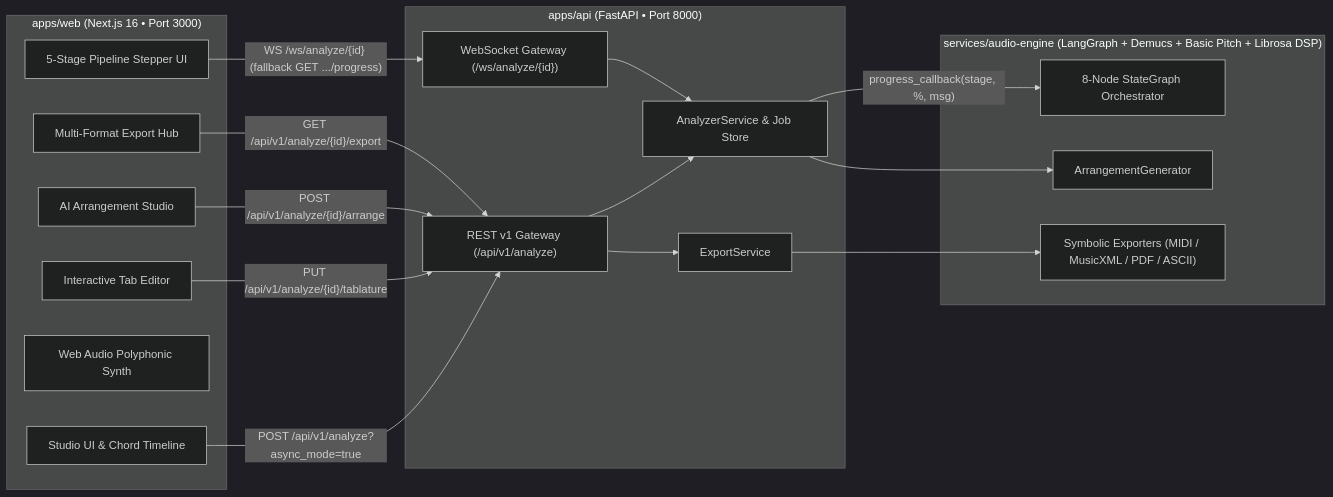
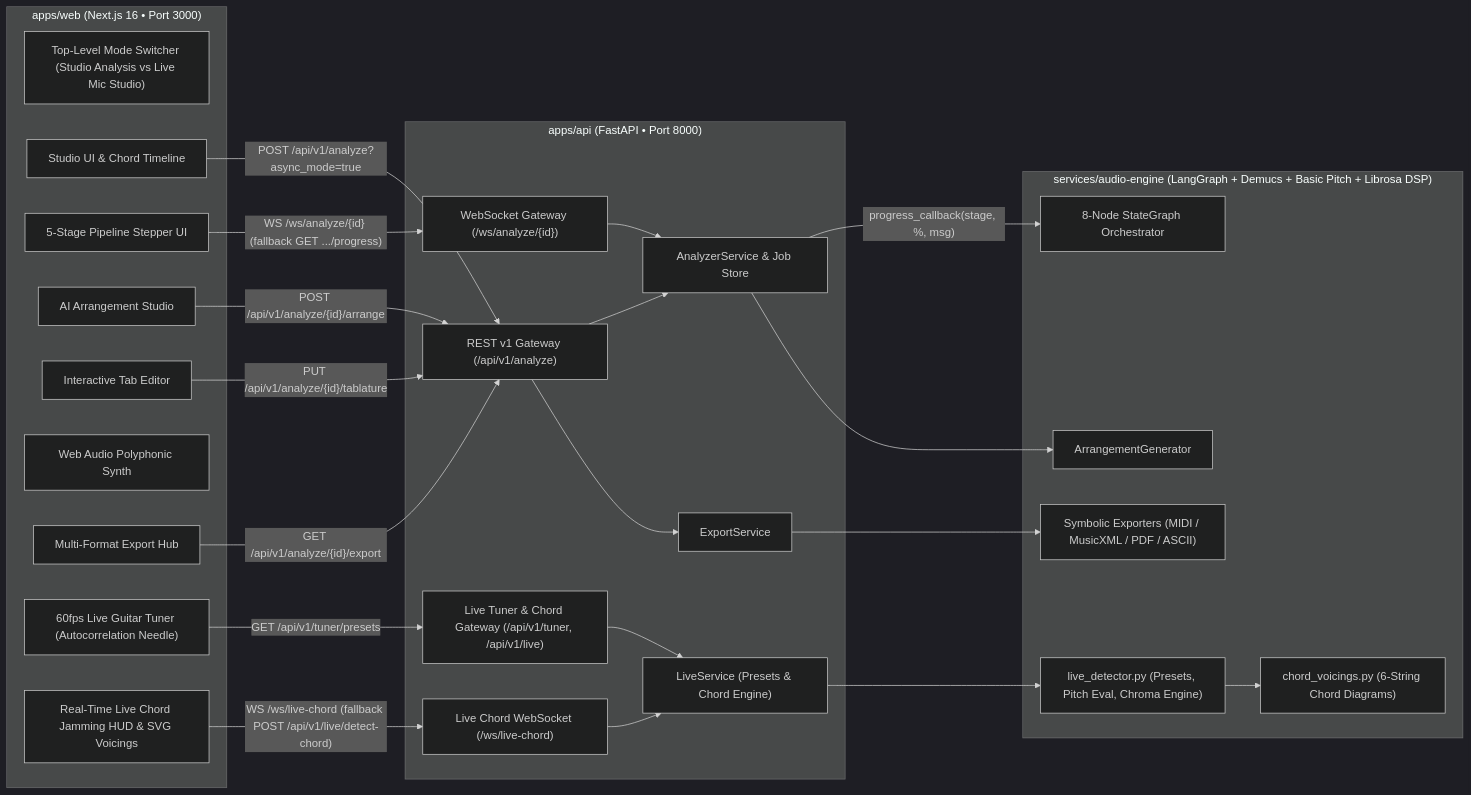
The first of 2 diagrams in README.md (DimasNuryadin/Arpegia), drawn with Mermaid (dark theme) before and after one commit. The commit also changed other lines of this file and 3 other files, not shown here.

````diff
--- a/README.md
+++ b/README.md
@@ -17,37 +19,51 @@
 ```mermaid
 flowchart LR
     subgraph Web["apps/web (Next.js 16 • Port 3000)"]
+        Switcher["Top-Level Mode Switcher (Studio Analysis vs Live Mic Studio)"]
         UI["Studio UI & Chord Timeline"]
         Stepper["5-Stage Pipeline Stepper UI"]
         Studio["AI Arrangement Studio"]
         Editor["Interactive Tab Editor"]
         Synth["Web Audio Polyphonic Synth"]
         ExportBar["Multi-Format Export Hub"]
+        Tuner["60fps Live Guitar Tuner (Autocorrelation Needle)"]
+        ChordHUD["Real-Time Live Chord Jamming HUD & SVG Voicings"]
     end
 
     subgraph API["apps/api (FastAPI • Port 8000)"]
         Router["REST v1 Gateway (/api/v1/analyze)"]
         WS["WebSocket Gateway (/ws/analyze/{id})"]
+        LiveRouter["Live Tuner & Chord Gateway (/api/v1/tuner, /api/v1/live)"]
+        LiveWS["Live Chord WebSocket (/ws/live-chord)"]
         AnalyzerSvc["AnalyzerService & Job Store"]
+        LiveSvc["LiveService (Presets & Chord Engine)"]
         ExportSvc["ExportService"]
     end
 
     subgraph Engine["services/audio-engine (LangGraph + Demucs + Basic Pitch + Librosa DSP)"]
         Graph["8-Node StateGraph Orchestrator"]
+        LiveDetector["live_detector.py (Presets, Pitch Eval, Chroma Engine)"]
+        Voicings["chord_voicings.py (6-String Chord Diagrams)"]
         ArrGen["ArrangementGenerator"]
         Exporters["Symbolic Exporters (MIDI / MusicXML / PDF / ASCII)"]
     end
 
     UI -->|"POST /api/v1/analyze?async_mode=true"| Router
     Stepper -->|"WS /ws/analyze/{id} (fallback GET .../progress)"| WS
     Editor -->|"PUT /api/v1/analyze/{id}/tablature"| Router
     Studio -->|"POST /api/v1/analyze/{id}/arrange"| Router
     ExportBar -->|"GET /api/v1/analyze/{id}/export"| Router
+    Tuner -->|"GET /api/v1/tuner/presets"| LiveRouter
+    ChordHUD -->|"WS /ws/live-chord (fallback POST /api/v1/live/detect-chord)"| LiveWS
 
     Router --> AnalyzerSvc
     WS --> AnalyzerSvc
+    LiveRouter --> LiveSvc
+    LiveWS --> LiveSvc
     Router --> ExportSvc
     AnalyzerSvc -->|"progress_callback(stage, %, msg)"| Graph
     AnalyzerSvc --> ArrGen
+    LiveSvc --> LiveDetector
+    LiveDetector --> Voicings
     ExportSvc --> Exporters
 ```
````
